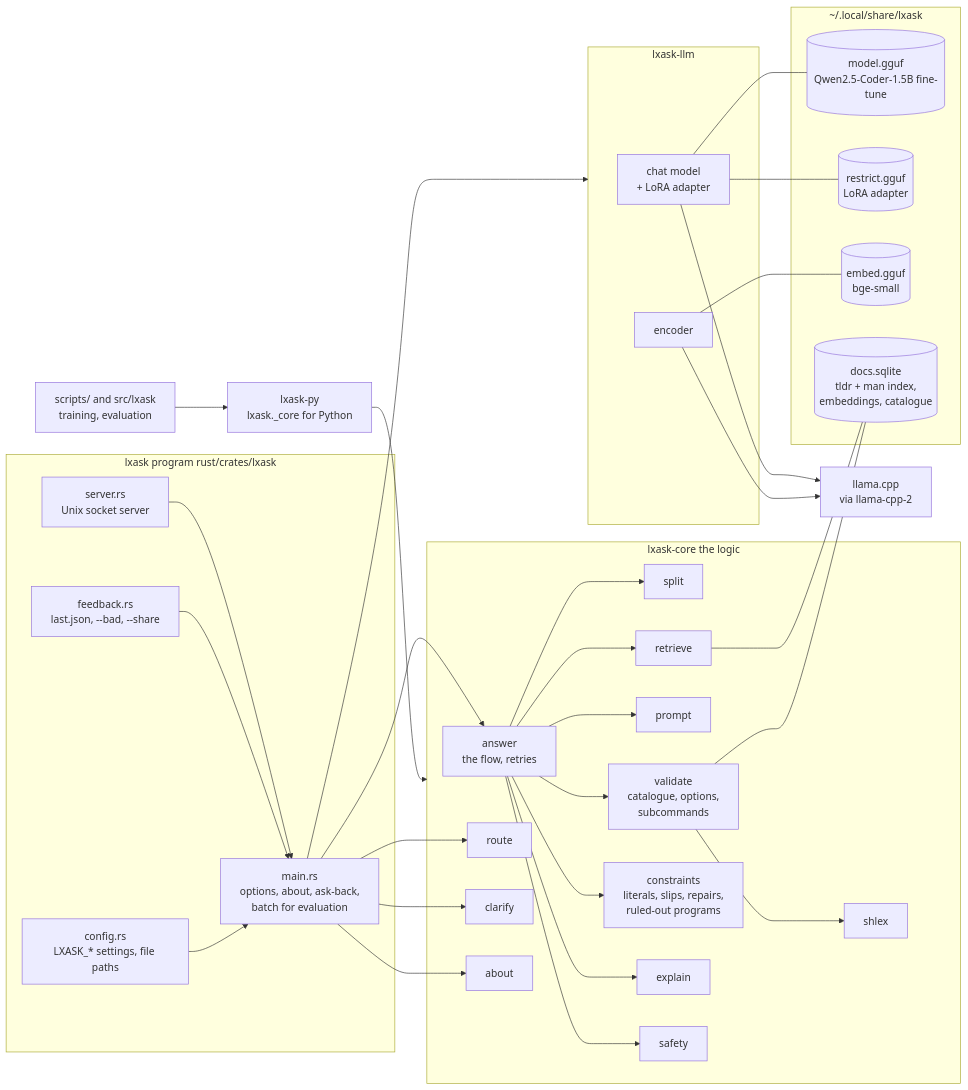
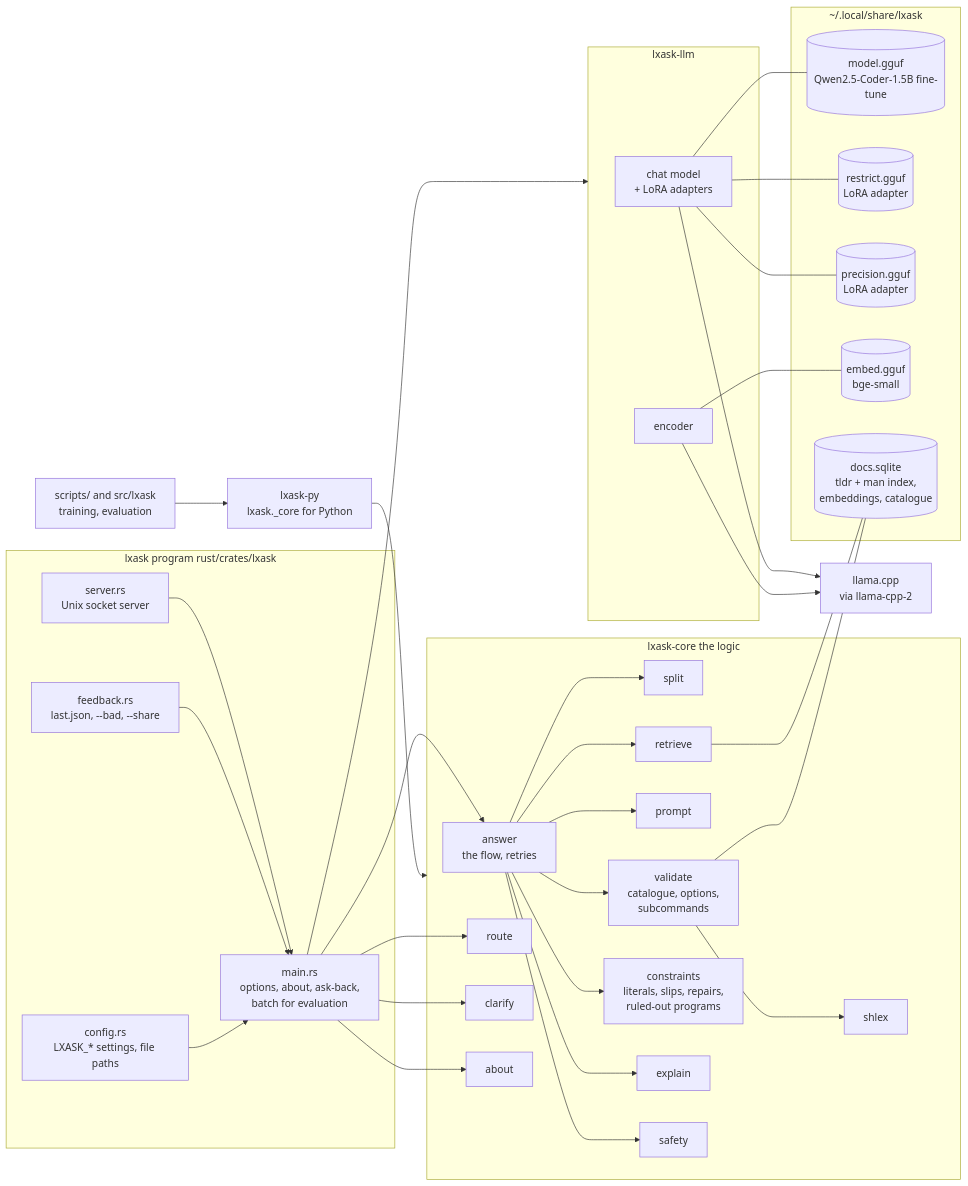
One commit to arxhr007/lxask changed the second of 5 diagrams in docs/architecture.md. Above: the diagram before and after it, drawn with Mermaid. The commit also changed other lines of this file and 20 other files, not shown here.

First line of the commit message:
Ship the precision adapter beside the restriction one

````diff
--- a/docs/architecture.md
+++ b/docs/architecture.md
@@ -55,49 +56,51 @@
 ```mermaid
 flowchart LR
     subgraph program ["lxask program  rust/crates/lxask"]
         main["main.rs<br/>options, about, ask-back,<br/>batch for evaluation"]
         serverrs["server.rs<br/>Unix socket server"]
         feedback["feedback.rs<br/>last.json, --bad, --share"]
         config["config.rs<br/>LXASK_* settings, file paths"]
     end
     subgraph core ["lxask-core  the logic"]
         answer["answer<br/>the flow, retries"]
         splitrs["split"]
         retrievers["retrieve"]
         promptrs["prompt"]
         validate["validate<br/>catalogue, options,<br/>subcommands"]
         constraints["constraints<br/>literals, slips, repairs,<br/>ruled-out programs"]
         routers["route"]
         clarify["clarify"]
         aboutrs["about"]
         explainrs["explain"]
         safety["safety"]
         shlex["shlex"]
     end
     subgraph llm ["lxask-llm"]
-        chat["chat model<br/>+ LoRA adapter"]
+        chat["chat model<br/>+ LoRA adapters"]
         embedder["encoder"]
     end
     subgraph files ["~/.local/share/lxask"]
         modelfile[("model.gguf<br/>Qwen2.5-Coder-1.5B fine-tune")]
         adapterfile[("restrict.gguf<br/>LoRA adapter")]
+        precisionfile[("precision.gguf<br/>LoRA adapter")]
         embedfile[("embed.gguf<br/>bge-small")]
         index[("docs.sqlite<br/>tldr + man index,<br/>embeddings, catalogue")]
     end
     py["lxask-py<br/>lxask._core for Python"] --> core
     scripts["scripts/ and src/lxask<br/>training, evaluation"] --> py
     main --> llm
     serverrs --> main
     feedback --> main
     config --> main
     main --> aboutrs & clarify & routers & answer
     answer --> splitrs & retrievers & promptrs & validate & constraints & explainrs & safety
     validate --> shlex
     chat --> llamacpp["llama.cpp<br/>via llama-cpp-2"]
     embedder --> llamacpp
     chat --- modelfile
     chat --- adapterfile
+    chat --- precisionfile
     embedder --- embedfile
     retrievers --- index
     validate --- index
 ```
````
